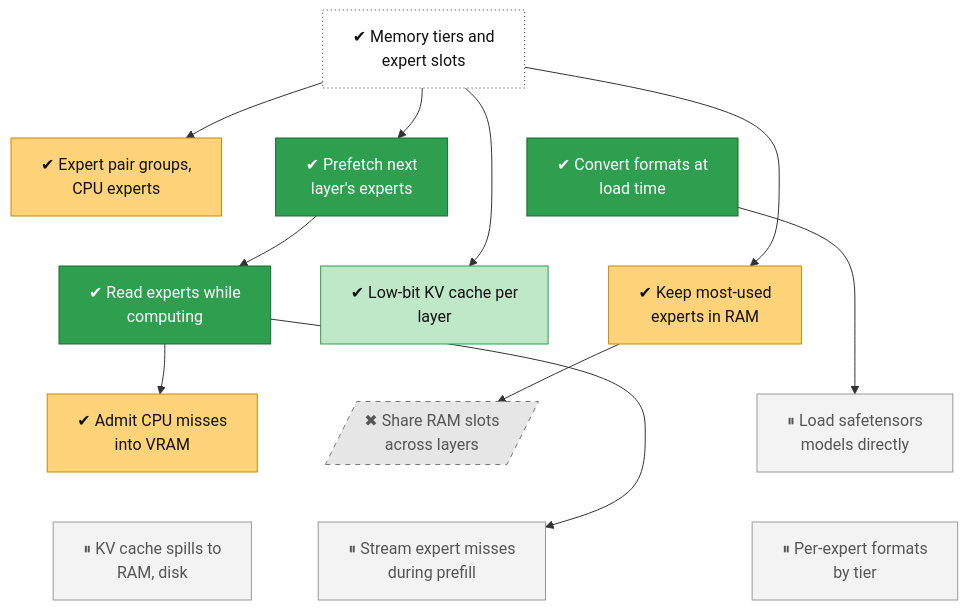
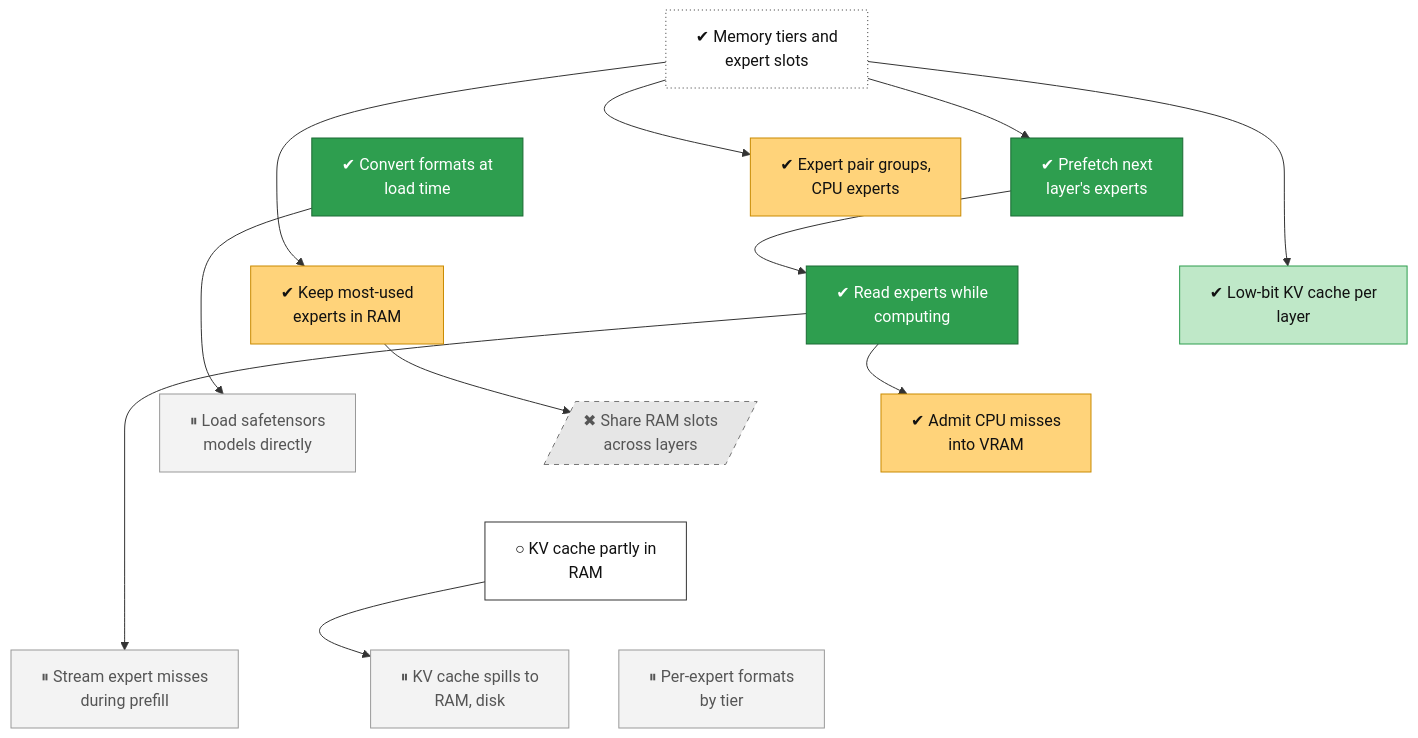
Before and after one commit to lhns/tetraeder: the diagram in docs/roadmap/tracks/memory.md, drawn with Mermaid. The commit also changed other lines of this file and 6 other files, not shown here.

Commit message:
ADR 0084 (Proposed): KV partly in host memory; libllama --no-kv-offload first, then per-layer host KV with CPU attention in the own builders; parity row -nkvo; tree node memory-kv-host (not measured)

````diff
--- a/docs/roadmap/tracks/memory.md
+++ b/docs/roadmap/tracks/memory.md
@@ -10,57 +10,63 @@
 ```mermaid
 flowchart TB
     memory_tiers["✔ Memory tiers and<br/>expert slots"]
     memory_pair_groups["✔ Expert pair groups,<br/>CPU experts"]
     memory_prefetch["✔ Prefetch next<br/>layer's experts"]
     memory_conversion["✔ Convert formats at<br/>load time"]
     memory_io_service["✔ Read experts while<br/>computing"]
     memory_low_bit_kv["✔ Low-bit KV cache per<br/>layer"]
     memory_ram_freq["✔ Keep most-used<br/>experts in RAM"]
     memory_adaptive_tier["✔ Admit CPU misses<br/>into VRAM"]
     memory_ram_pool[/"✖ Share RAM slots<br/>across layers"/]
     memory_safetensors["⏸ Load safetensors<br/>models directly"]
+    memory_kv_host["○ KV cache partly in<br/>RAM"]
     memory_kv_tiers["⏸ KV cache spills to<br/>RAM, disk"]
     memory_prefill_misses["⏸ Stream expert misses<br/>during prefill"]
     memory_typed_slots["⏸ Per-expert formats<br/>by tier"]
     memory_tiers ~~~ memory_pair_groups
     memory_tiers ~~~ memory_prefetch
     memory_tiers ~~~ memory_conversion
     memory_pair_groups ~~~ memory_io_service
     memory_prefetch ~~~ memory_low_bit_kv
     memory_conversion ~~~ memory_ram_freq
     memory_io_service ~~~ memory_adaptive_tier
     memory_low_bit_kv ~~~ memory_ram_pool
     memory_ram_freq ~~~ memory_safetensors
-    memory_adaptive_tier ~~~ memory_kv_tiers
-    memory_ram_pool ~~~ memory_prefill_misses
-    memory_safetensors ~~~ memory_typed_slots
+    memory_adaptive_tier ~~~ memory_kv_host
+    memory_ram_pool ~~~ memory_kv_host
+    memory_safetensors ~~~ memory_kv_host
+    memory_kv_host ~~~ memory_kv_tiers
+    memory_kv_host ~~~ memory_prefill_misses
+    memory_kv_host ~~~ memory_typed_slots
     memory_tiers --> memory_pair_groups
     memory_tiers --> memory_prefetch
     memory_prefetch --> memory_io_service
     memory_tiers --> memory_low_bit_kv
     memory_tiers --> memory_ram_freq
     memory_io_service --> memory_adaptive_tier
     memory_ram_freq --> memory_ram_pool
     memory_conversion --> memory_safetensors
+    memory_kv_host --> memory_kv_tiers
     memory_io_service --> memory_prefill_misses
     classDef vsucc fill:#2e9e4f,stroke:#1b6b34,color:#fff
     classDef succ fill:#bfe8c8,stroke:#2e9e4f,color:#111
     classDef mixed fill:#ffd37a,stroke:#c98a00,color:#111
     classDef bad fill:#f28b82,stroke:#b3261e,color:#111
     classDef dead fill:#e6e6e6,stroke:#777,stroke-dasharray:5 5,color:#555
     classDef inprog fill:#a8cdf5,stroke:#1f6fc5,color:#111
     classDef next fill:#fff,stroke:#333,color:#111
     classDef blocked fill:#fff,stroke:#b3261e,stroke-dasharray:2 2,color:#111
     classDef parked fill:#f3f3f3,stroke:#999,color:#555
     classDef unrated fill:#fff,stroke:#333,stroke-dasharray:1 3,color:#111
     classDef gate fill:#d9c2f0,stroke:#7b3fb5,color:#111
     classDef decided fill:#ece0f7,stroke:#7b3fb5,stroke-dasharray:2 2,color:#111
     classDef finding fill:#ffe0b2,stroke:#d84315,stroke-width:2px,color:#111
     classDef waiting fill:#e3f2fd,stroke:#1f6fc5,stroke-dasharray:5 5,color:#111
     class memory_tiers unrated
     class memory_pair_groups,memory_ram_freq,memory_adaptive_tier mixed
     class memory_prefetch,memory_conversion,memory_io_service vsucc
     class memory_low_bit_kv succ
     class memory_ram_pool dead
     class memory_safetensors,memory_kv_tiers,memory_prefill_misses,memory_typed_slots parked
+    class memory_kv_host next
 ```
````
